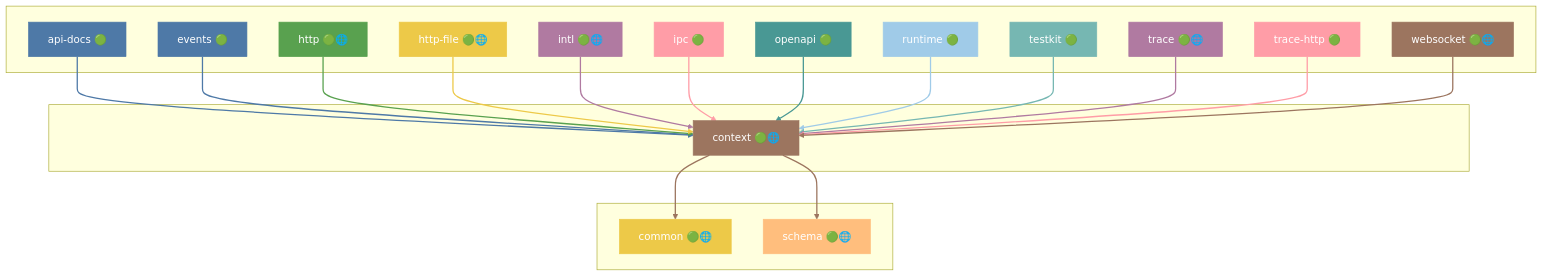
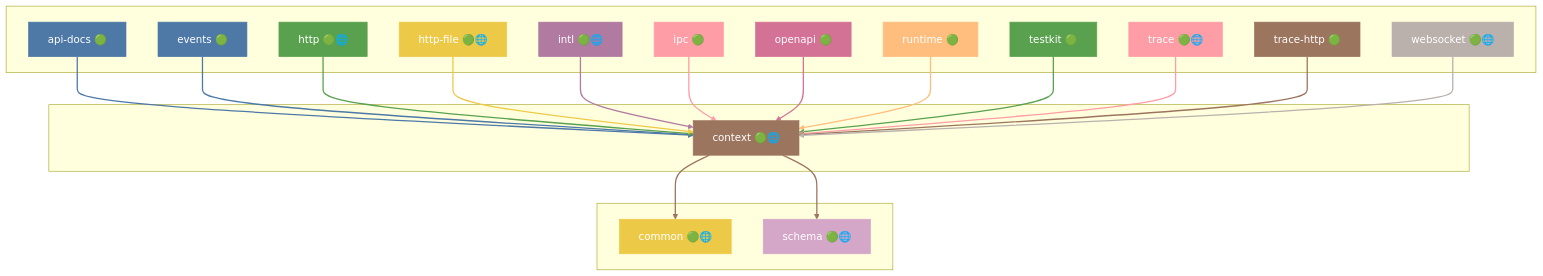
One commit to grest-ts/grest-ts changed the tenth of 47 diagrams in docs/DEPENDENCIES.md. Above: the diagram before and after it, drawn with Mermaid. The commit also changed other lines of this file and 27 other files, not shown here.

````diff
--- a/docs/DEPENDENCIES.md
+++ b/docs/DEPENDENCIES.md
@@ -721,67 +717,67 @@
 ```mermaid
 flowchart TB
     subgraph Dependents[" "]
         api-docs["api-docs 🟢"]
         events["events 🟢"]
         http["http 🟢🌐"]
         http-file["http-file 🟢🌐"]
         intl["intl 🟢🌐"]
         ipc["ipc 🟢"]
         openapi["openapi 🟢"]
         runtime["runtime 🟢"]
         testkit["testkit 🟢"]
         trace["trace 🟢🌐"]
         trace-http["trace-http 🟢"]
         websocket["websocket 🟢🌐"]
     end
     subgraph Package[" "]
         context["context 🟢🌐"]
     end
     subgraph Dependencies[" "]
         common["common 🟢🌐"]
         schema["schema 🟢🌐"]
     end
     api-docs --> context
     events --> context
     http --> context
     http-file --> context
     intl --> context
     ipc --> context
     openapi --> context
     runtime --> context
     testkit --> context
     trace --> context
     trace-http --> context
     websocket --> context
     context --> common
     context --> schema
     style context fill:#9C755F,stroke:#9C755F,color:#fff
     style api-docs fill:#4E79A7,stroke:#4E79A7,color:#fff
     style events fill:#4E79A7,stroke:#4E79A7,color:#fff
     style http fill:#59A14F,stroke:#59A14F,color:#fff
     style http-file fill:#EDC948,stroke:#EDC948,color:#fff
     style intl fill:#B07AA1,stroke:#B07AA1,color:#fff
     style ipc fill:#FF9DA7,stroke:#FF9DA7,color:#fff
-    style openapi fill:#499894,stroke:#499894,color:#fff
-    style runtime fill:#A0CBE8,stroke:#A0CBE8,color:#fff
-    style testkit fill:#76B7B2,stroke:#76B7B2,color:#fff
-    style trace fill:#B07AA1,stroke:#B07AA1,color:#fff
-    style trace-http fill:#FF9DA7,stroke:#FF9DA7,color:#fff
-    style websocket fill:#9C755F,stroke:#9C755F,color:#fff
+    style openapi fill:#D37295,stroke:#D37295,color:#fff
+    style runtime fill:#FFBE7D,stroke:#FFBE7D,color:#fff
+    style testkit fill:#59A14F,stroke:#59A14F,color:#fff
+    style trace fill:#FF9DA7,stroke:#FF9DA7,color:#fff
+    style trace-http fill:#9C755F,stroke:#9C755F,color:#fff
+    style websocket fill:#BAB0AC,stroke:#BAB0AC,color:#fff
     style common fill:#EDC948,stroke:#EDC948,color:#fff
-    style schema fill:#FFBE7D,stroke:#FFBE7D,color:#fff
+    style schema fill:#D4A6C8,stroke:#D4A6C8,color:#fff
     linkStyle 0 stroke:#4E79A7,stroke-width:2px
     linkStyle 1 stroke:#4E79A7,stroke-width:2px
     linkStyle 2 stroke:#59A14F,stroke-width:2px
     linkStyle 3 stroke:#EDC948,stroke-width:2px
     linkStyle 4 stroke:#B07AA1,stroke-width:2px
     linkStyle 5 stroke:#FF9DA7,stroke-width:2px
-    linkStyle 6 stroke:#499894,stroke-width:2px
-    linkStyle 7 stroke:#A0CBE8,stroke-width:2px
-    linkStyle 8 stroke:#76B7B2,stroke-width:2px
-    linkStyle 9 stroke:#B07AA1,stroke-width:2px
-    linkStyle 10 stroke:#FF9DA7,stroke-width:2px
-    linkStyle 11 stroke:#9C755F,stroke-width:2px
+    linkStyle 6 stroke:#D37295,stroke-width:2px
+    linkStyle 7 stroke:#FFBE7D,stroke-width:2px
+    linkStyle 8 stroke:#59A14F,stroke-width:2px
+    linkStyle 9 stroke:#FF9DA7,stroke-width:2px
+    linkStyle 10 stroke:#9C755F,stroke-width:2px
+    linkStyle 11 stroke:#BAB0AC,stroke-width:2px
     linkStyle 12 stroke:#9C755F,stroke-width:2px
     linkStyle 13 stroke:#9C755F,stroke-width:2px
 ```
````
